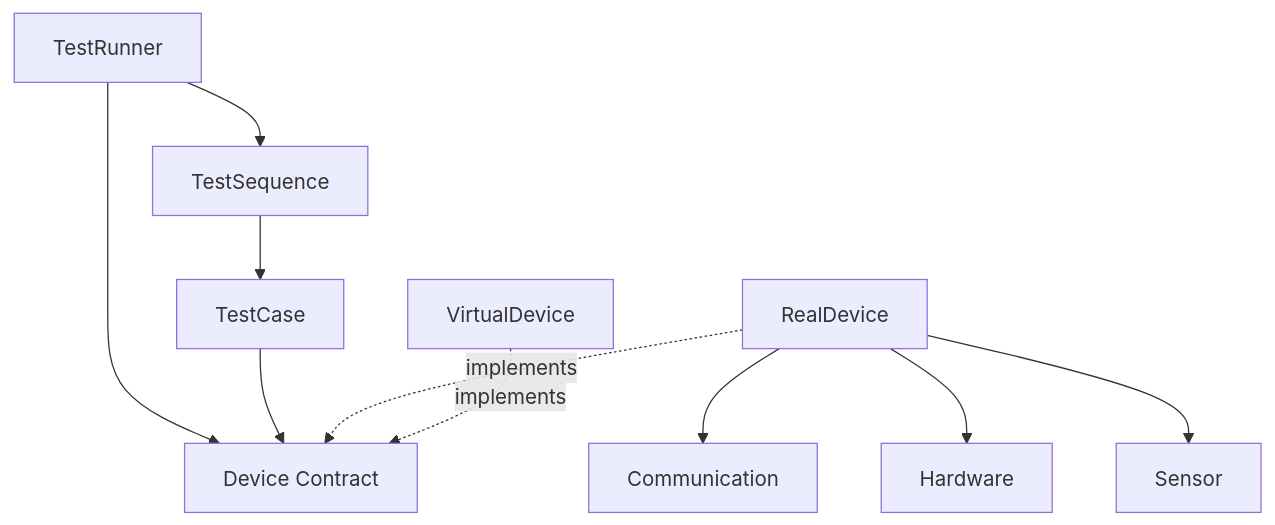
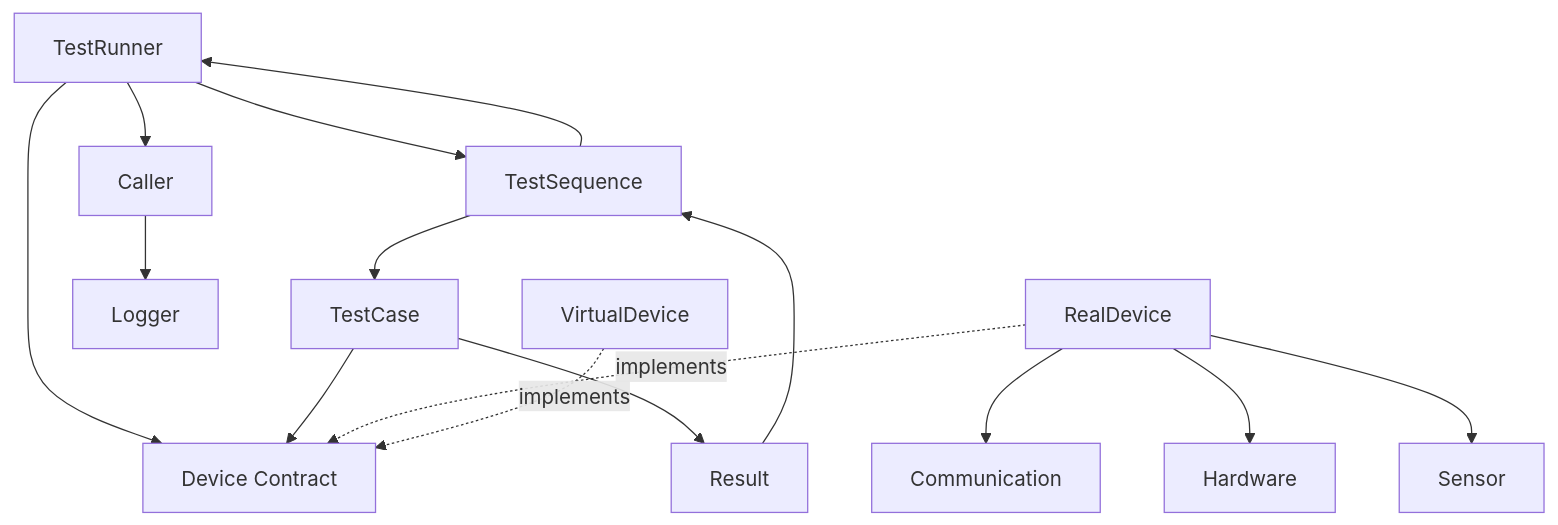
One commit to chengyeyang/hybrid-reliability-lab changed the first of 2 diagrams in docs/architecture.md. Above: the diagram before and after it, drawn with Mermaid. The commit also changed other lines of this file and 2 other files, not shown here.

First line of the commit message:
Data Logging and Logger Abstraction. Close #12

````diff
--- a/docs/architecture.md
+++ b/docs/architecture.md
@@ -87,24 +93,33 @@
 ```mermaid
 flowchart TD
     TR[TestRunner]
     TS[TestSequence]
     TC[TestCase]
+    RES[Result]
+    CALLER[Caller]
+    LOG[Logger]
     DEV[Device Contract]
     REAL[RealDevice]
     VIRTUAL[VirtualDevice]
     COM[Communication]
     HW[Hardware]
     SEN[Sensor]
 
     TR --> TS
     TR --> DEV
     TS --> TC
     TC --> DEV
 
+    TC --> RES
+    RES --> TS
+    TS --> TR
+    TR --> CALLER
+    CALLER --> LOG
+
     REAL -. implements .-> DEV
     VIRTUAL -. implements .-> DEV
 
     REAL --> COM
     REAL --> HW
     REAL --> SEN
 ```
````
